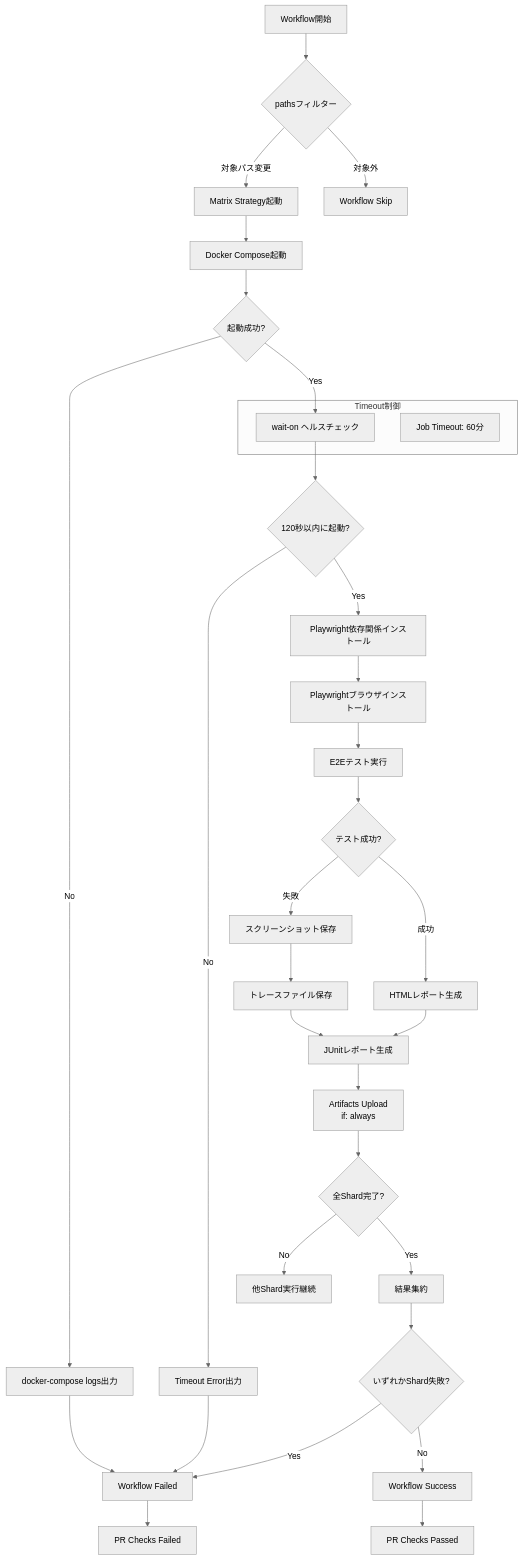
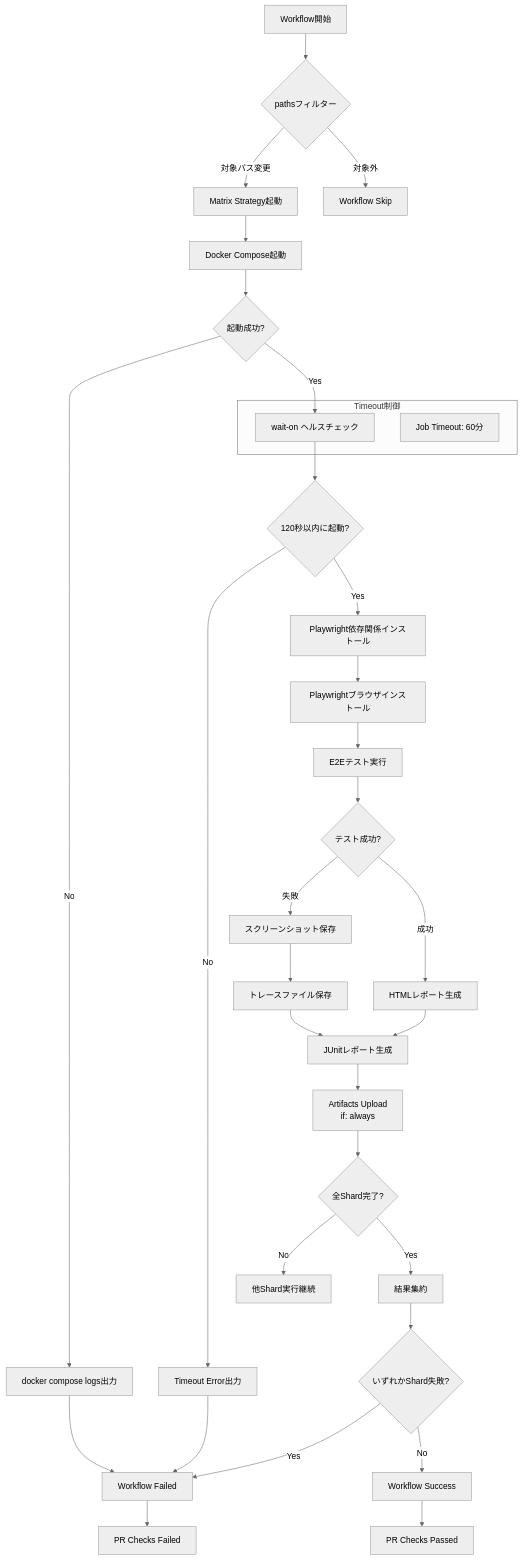
One commit to ef-tech/laravel-next-b2c changed the third of 4 diagrams in .kiro/specs/e2e-cicd-execution-verification/design.md. Above: the diagram before and after it, drawn with Mermaid (neutral theme). The commit also changed other lines of this file and 12 other files, not shown here.

First line of the commit message:
Docs: 📝 docker-compose → docker compose 表記統一（Docker Compose V2対応）

````diff
--- a/.kiro/specs/e2e-cicd-execution-verification/design.md
+++ b/.kiro/specs/e2e-cicd-execution-verification/design.md
@@ -296,45 +296,45 @@
 ```mermaid
 flowchart TD
     A[Workflow開始] --> B{pathsフィルター}
     B -->|対象パス変更| C[Matrix Strategy起動]
     B -->|対象外| Z[Workflow Skip]
 
     C --> D[Docker Compose起動]
     D --> E{起動成功?}
-    E -->|No| F[docker-compose logs出力]
+    E -->|No| F[docker compose logs出力]
     F --> G[Workflow Failed]
 
     E -->|Yes| H[wait-on ヘルスチェック]
     H --> I{120秒以内に起動?}
     I -->|No| J[Timeout Error出力]
     J --> G
 
     I -->|Yes| K[Playwright依存関係インストール]
     K --> L[Playwrightブラウザインストール]
     L --> M[E2Eテスト実行]
 
     M --> N{テスト成功?}
     N -->|失敗| O[スクリーンショット保存]
     N -->|成功| P[HTMLレポート生成]
 
     O --> Q[トレースファイル保存]
     P --> R[JUnitレポート生成]
     Q --> R
 
     R --> S[Artifacts Upload<br/>if: always]
     S --> T{全Shard完了?}
     T -->|No| U[他Shard実行継続]
     T -->|Yes| V[結果集約]
 
     V --> W{いずれかShard失敗?}
     W -->|Yes| G
     W -->|No| X[Workflow Success]
 
     G --> Y[PR Checks Failed]
     X --> AA[PR Checks Passed]
 
     subgraph "Timeout制御"
         H
         AB[Job Timeout: 60分]
     end
 ```
````
